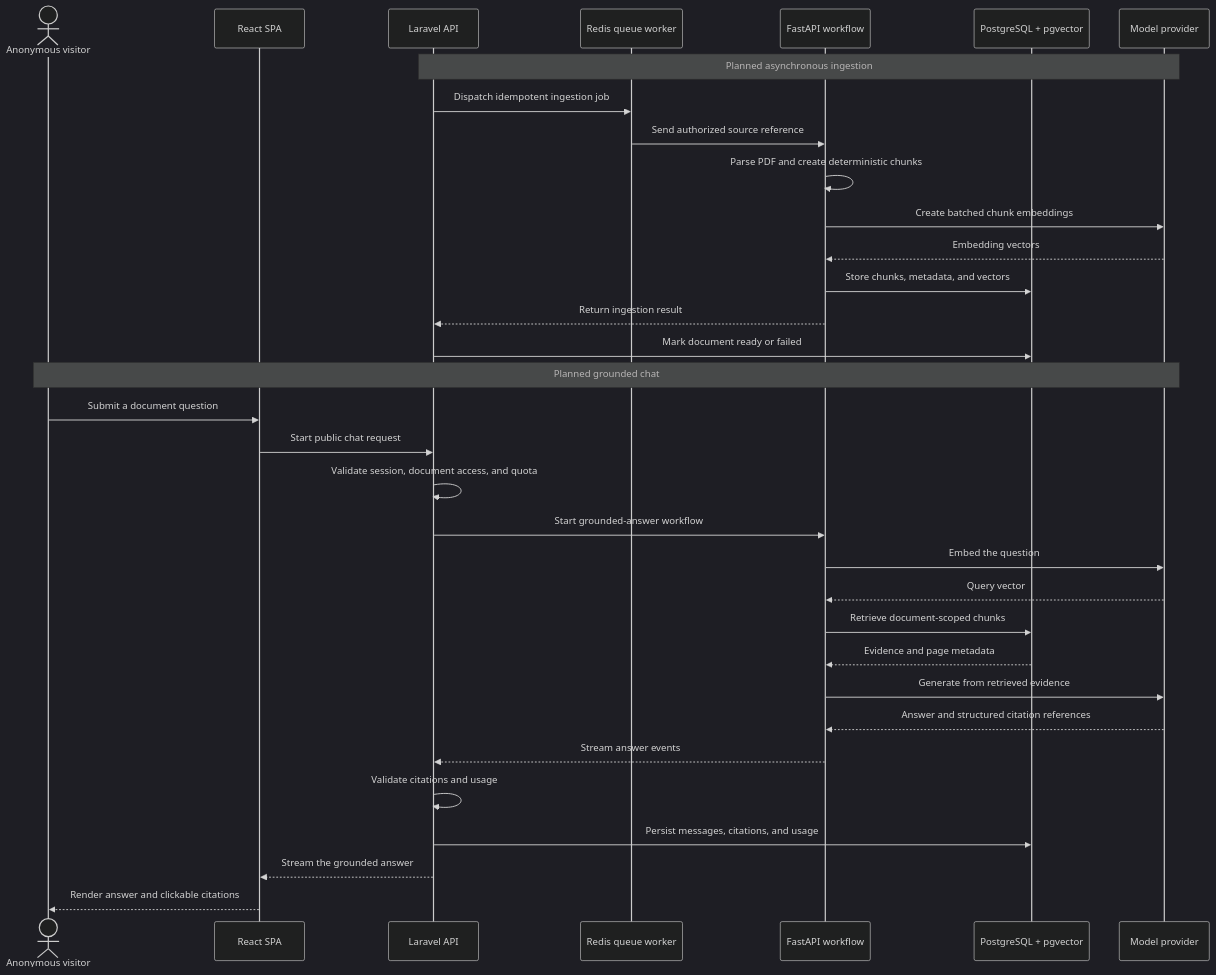
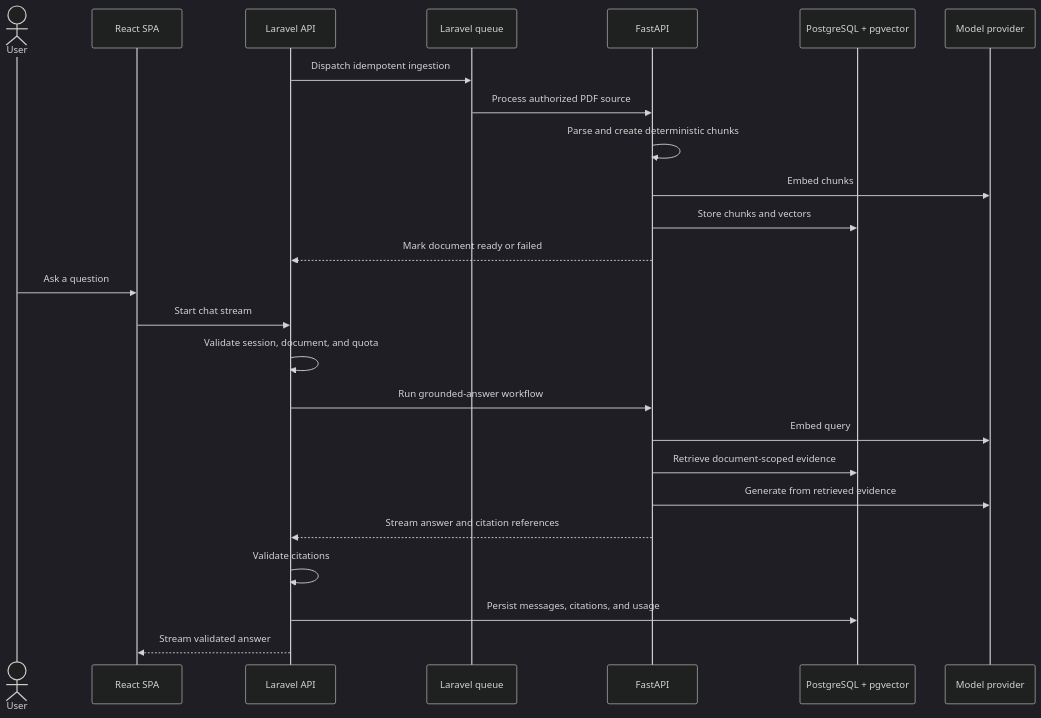
The third of 3 diagrams in ARCHITECTURE.md (sangcnt/support-copilot), drawn with Mermaid (dark theme) before and after one commit. The commit also changed other lines of this file and 2 other files, not shown here.

Commit message:
separate architecture diagrams and API reference

````diff
--- a/ARCHITECTURE.md
+++ b/ARCHITECTURE.md
@@ -223,37 +69,29 @@
 ```mermaid
 sequenceDiagram
-    actor User as Anonymous visitor
+    actor User
     participant UI as React SPA
     participant API as Laravel API
-    participant Queue as Redis queue worker
-    participant AI as FastAPI workflow
+    participant Queue as Laravel queue
+    participant AI as FastAPI
     participant DB as PostgreSQL + pgvector
     participant Model as Model provider
 
-    Note over API,Model: Planned asynchronous ingestion
-    API->>Queue: Dispatch idempotent ingestion job
-    Queue->>AI: Send authorized source reference
-    AI->>AI: Parse PDF and create deterministic chunks
-    AI->>Model: Create batched chunk embeddings
-    Model-->>AI: Embedding vectors
-    AI->>DB: Store chunks, metadata, and vectors
-    AI-->>API: Return ingestion result
-    API->>DB: Mark document ready or failed
+    API->>Queue: Dispatch idempotent ingestion
+    Queue->>AI: Process authorized PDF source
+    AI->>AI: Parse and create deterministic chunks
+    AI->>Model: Embed chunks
+    AI->>DB: Store chunks and vectors
+    AI-->>API: Mark document ready or failed
 
-    Note over User,Model: Planned grounded chat
-    User->>UI: Submit a document question
-    UI->>API: Start public chat request
-    API->>API: Validate session, document access, and quota
-    API->>AI: Start grounded-answer workflow
-    AI->>Model: Embed the question
-    Model-->>AI: Query vector
-    AI->>DB: Retrieve document-scoped chunks
-    DB-->>AI: Evidence and page metadata
+    User->>UI: Ask a question
+    UI->>API: Start chat stream
+    API->>API: Validate session, document, and quota
+    API->>AI: Run grounded-answer workflow
+    AI->>Model: Embed query
+    AI->>DB: Retrieve document-scoped evidence
     AI->>Model: Generate from retrieved evidence
-    Model-->>AI: Answer and structured citation references
-    AI-->>API: Stream answer events
-    API->>API: Validate citations and usage
+    AI-->>API: Stream answer and citation references
+    API->>API: Validate citations
     API->>DB: Persist messages, citations, and usage
-    API-->>UI: Stream the grounded answer
-    UI-->>User: Render answer and clickable citations
+    API-->>UI: Stream validated answer
 ```
````
